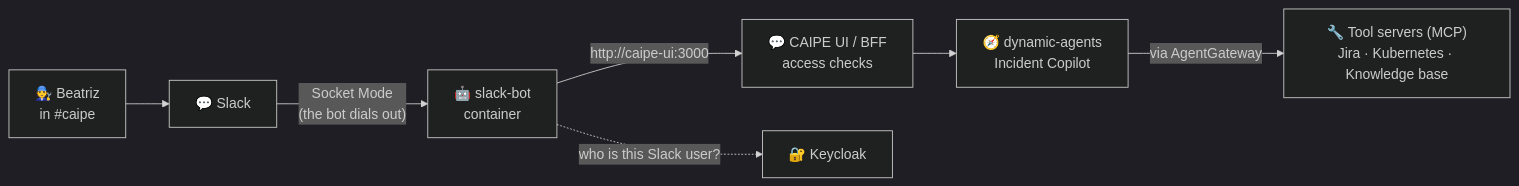
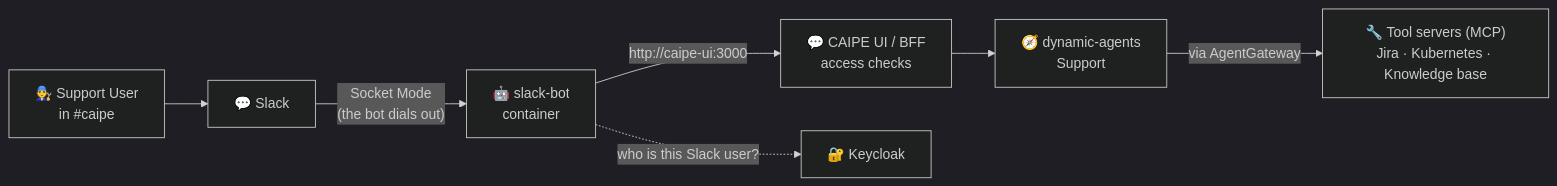
One commit to ponchotitlan/ai-platform-for-the-many-caipe changed the diagram in slack/README.md. Above: the diagram before and after it, drawn with Mermaid (dark theme). The commit also changed other lines of this file and 4 other files, not shown here.

````diff
--- a/slack/README.md
+++ b/slack/README.md
@@ -23,9 +17,9 @@
 ```mermaid
 flowchart LR
-    U["🧑‍🔧 Beatriz<br/>in #caipe"] --> S["💬 Slack"]
+    U["🧑‍🔧 Support User<br/>in #caipe"] --> S["💬 Slack"]
     S -- "Socket Mode<br/>(the bot dials out)" --> B["🤖 slack-bot<br/>container"]
     B -- "http://caipe-ui:3000" --> UI["💬 CAIPE UI / BFF<br/>access checks"]
-    UI --> DA["🧭 dynamic-agents<br/>Incident Copilot"]
+    UI --> DA["🧭 dynamic-agents<br/>Support"]
     DA -- "via AgentGateway" --> T["🔧 Tool servers (MCP)<br/>Jira · Kubernetes · Knowledge base"]
     B -. "who is this Slack user?" .-> KC["🔐 Keycloak"]
 ```
````
